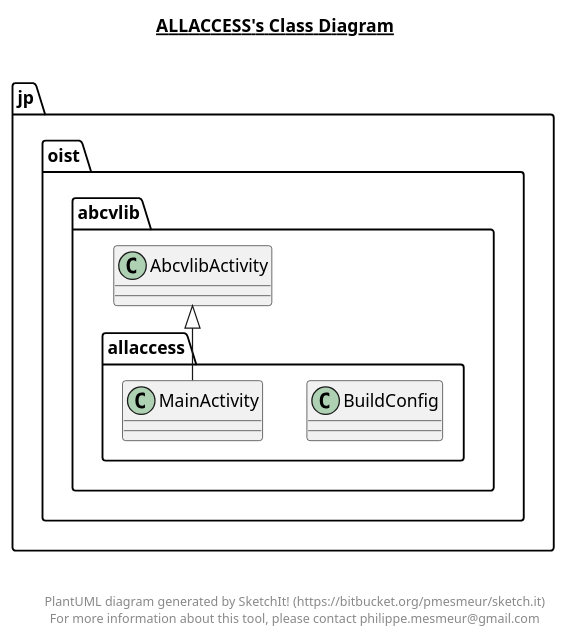
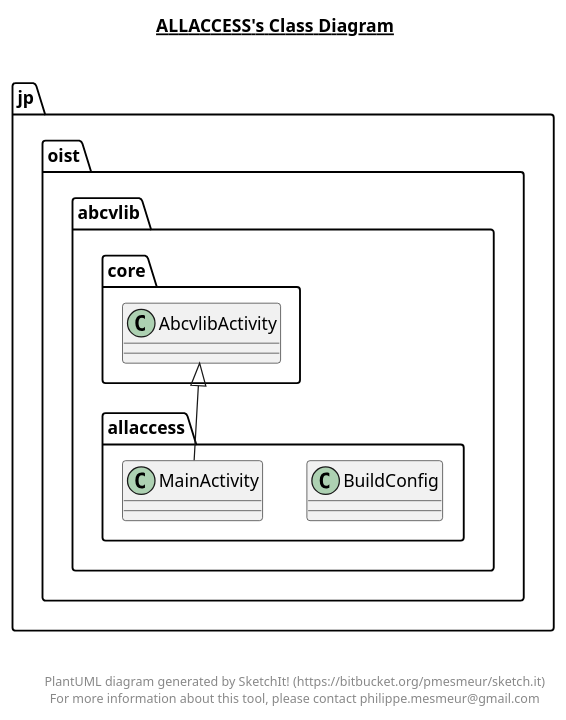
Before and after one commit to oist/smartphone-robot-android: the diagram in allAccess/allAccess.plantuml, drawn with PlantUML. The commit also changed 236 other files, not shown here.

```diff
--- a/allAccess/allAccess.plantuml
+++ b/allAccess/allAccess.plantuml
@@ -1,27 +1,27 @@
 @startuml
 
 title __ALLACCESS's Class Diagram__\n
 
   namespace jp.oist.abcvlib.allaccess {
     class jp.oist.abcvlib.allaccess.BuildConfig {
     }
   }
   
 
   namespace jp.oist.abcvlib.allaccess {
     class jp.oist.abcvlib.allaccess.MainActivity {
     }
   }
   
 
-  jp.oist.abcvlib.allaccess.MainActivity -up-|> jp.oist.abcvlib.AbcvlibActivity
+  jp.oist.abcvlib.allaccess.MainActivity -up-|> jp.oist.abcvlib.core.AbcvlibActivity
 
 
 right footer
 
 
 PlantUML diagram generated by SketchIt! (https://bitbucket.org/pmesmeur/sketch.it)
 For more information about this tool, please contact philippe.mesmeur@gmail.com
 endfooter
 
 @enduml
```
